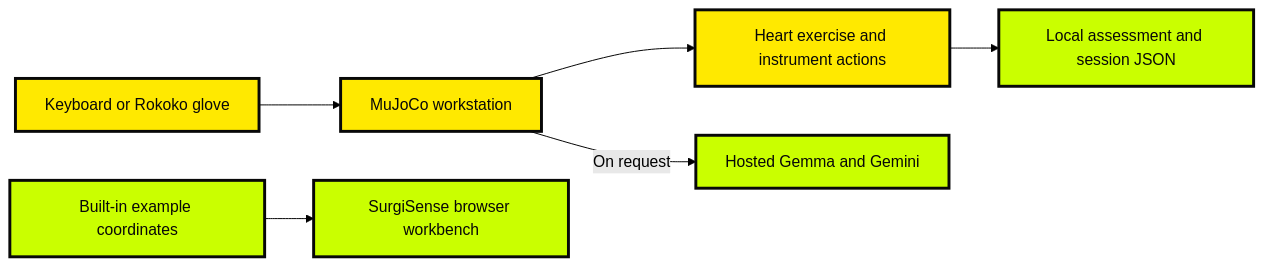
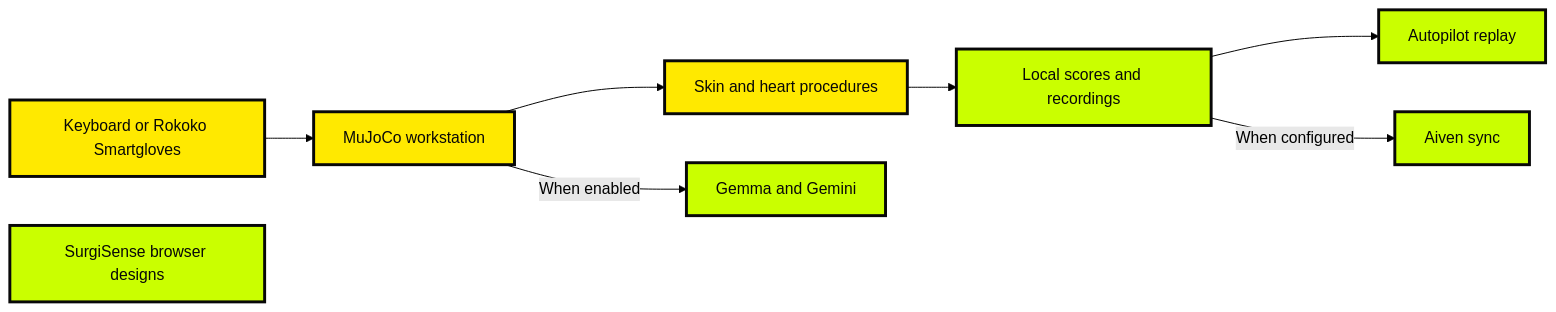
The diagram in README.md (shiinalight/Anatomation), drawn with Mermaid (forest theme) before and after one commit. The commit also changed other lines of this file and 4 other files, not shown here.

````diff
--- a/README.md
+++ b/README.md
@@ -237,12 +218,14 @@
 ```mermaid
 flowchart LR
-    Input[Keyboard or Rokoko glove] --> Viewer[MuJoCo workstation]
-    Viewer --> Exercise[Heart exercise and instrument actions]
-    Exercise --> Review[Local assessment and session JSON]
-    Viewer -->|On request| Coach[Hosted Gemma and Gemini]
-    Sample[Built-in example coordinates] --> Web[SurgiSense browser workbench]
+    Input[Keyboard or Rokoko Smartgloves] --> Viewer[MuJoCo workstation]
+    Viewer --> Exercise[Skin and heart procedures]
+    Exercise --> Review[Local scores and recordings]
+    Review --> Replay[Autopilot replay]
+    Viewer -->|When enabled| Coach[Gemma and Gemini]
+    Review -->|When configured| Aiven[Aiven sync]
+    Web[SurgiSense browser designs]
     classDef simulator fill:#FFE900,stroke:#080808,stroke-width:3px,color:#080808
     classDef review fill:#CAFF00,stroke:#080808,stroke-width:3px,color:#080808
     class Input,Viewer,Exercise simulator
-    class Review,Coach,Sample,Web review
+    class Review,Replay,Coach,Aiven,Web review
 ```
````
